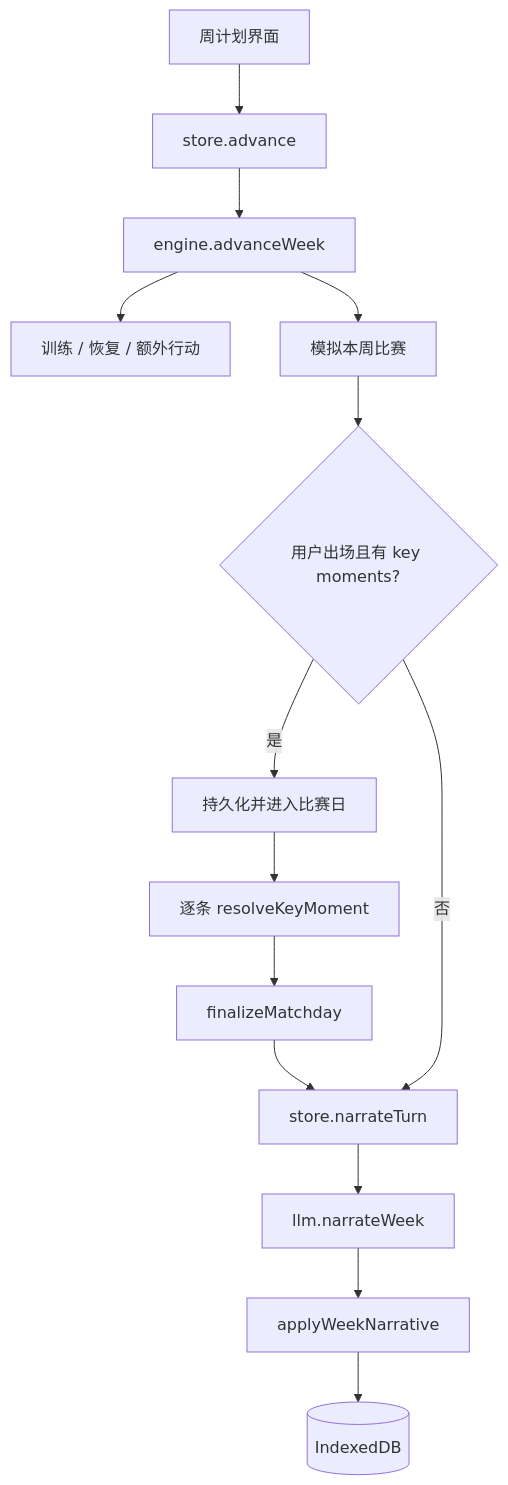
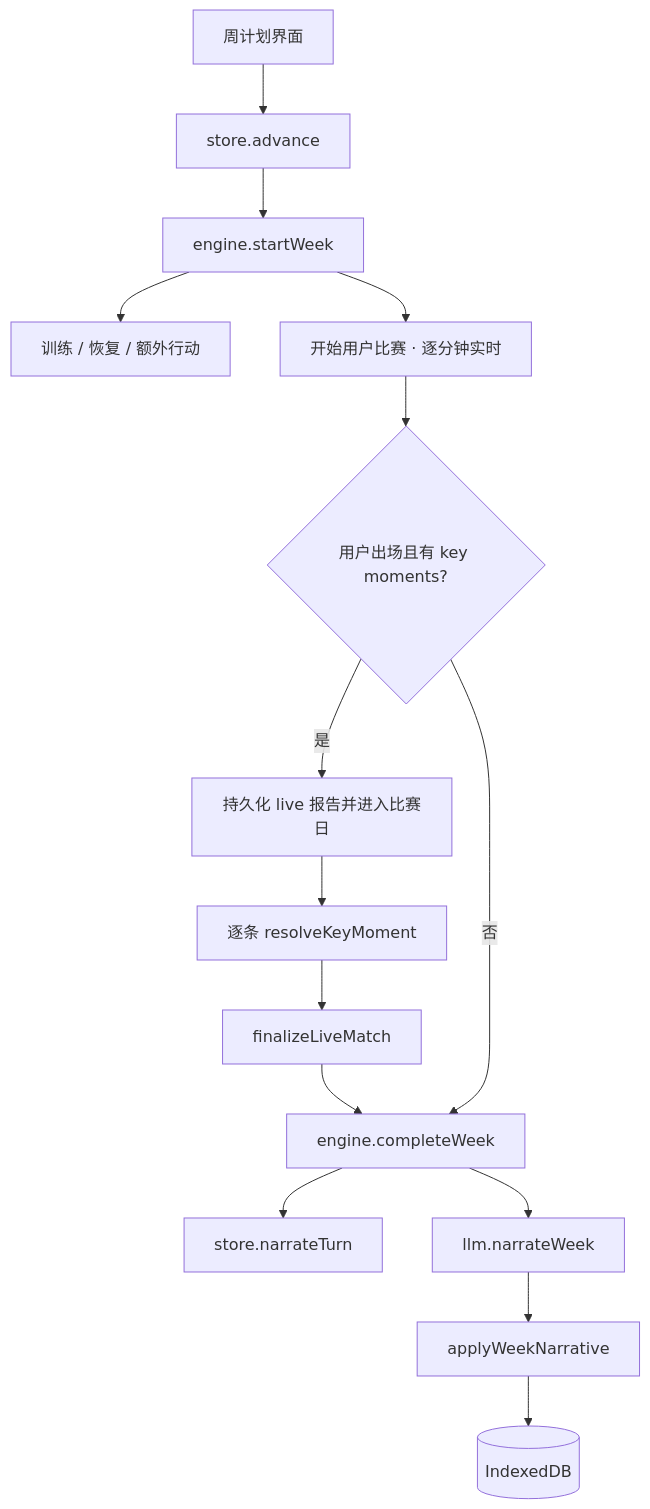
One commit to Roulandu/rpg_life_game changed the fourth of 4 diagrams in docs/architecture/overview.md. Above: the diagram before and after it, drawn with Mermaid. The commit also changed other lines of this file and 51 other files, not shown here.

````diff
--- a/docs/architecture/overview.md
+++ b/docs/architecture/overview.md
@@ -155,16 +155,17 @@
 ```mermaid
 flowchart TD
   UI[周计划界面] --> S[store.advance]
-  S --> E[engine.advanceWeek]
+  S --> E[engine.startWeek]
   E --> T[训练 / 恢复 / 额外行动]
-  E --> M[模拟本周比赛]
+  E --> M[开始用户比赛 · 逐分钟实时]
   M --> K{用户出场且有 key moments?}
-  K -- 是 --> P[持久化并进入比赛日]
+  K -- 是 --> P[持久化 live 报告并进入比赛日]
   P --> R[逐条 resolveKeyMoment]
-  R --> F[finalizeMatchday]
-  F --> N[store.narrateTurn]
-  K -- 否 --> N
-  N --> L[llm.narrateWeek]
+  R --> X[finalizeLiveMatch]
+  X --> C[engine.completeWeek]
+  C --> N[store.narrateTurn]
+  K -- 否 --> C
+  C --> L[llm.narrateWeek]
   L --> A[applyWeekNarrative]
   A --> DB[(IndexedDB)]
 ```
````
